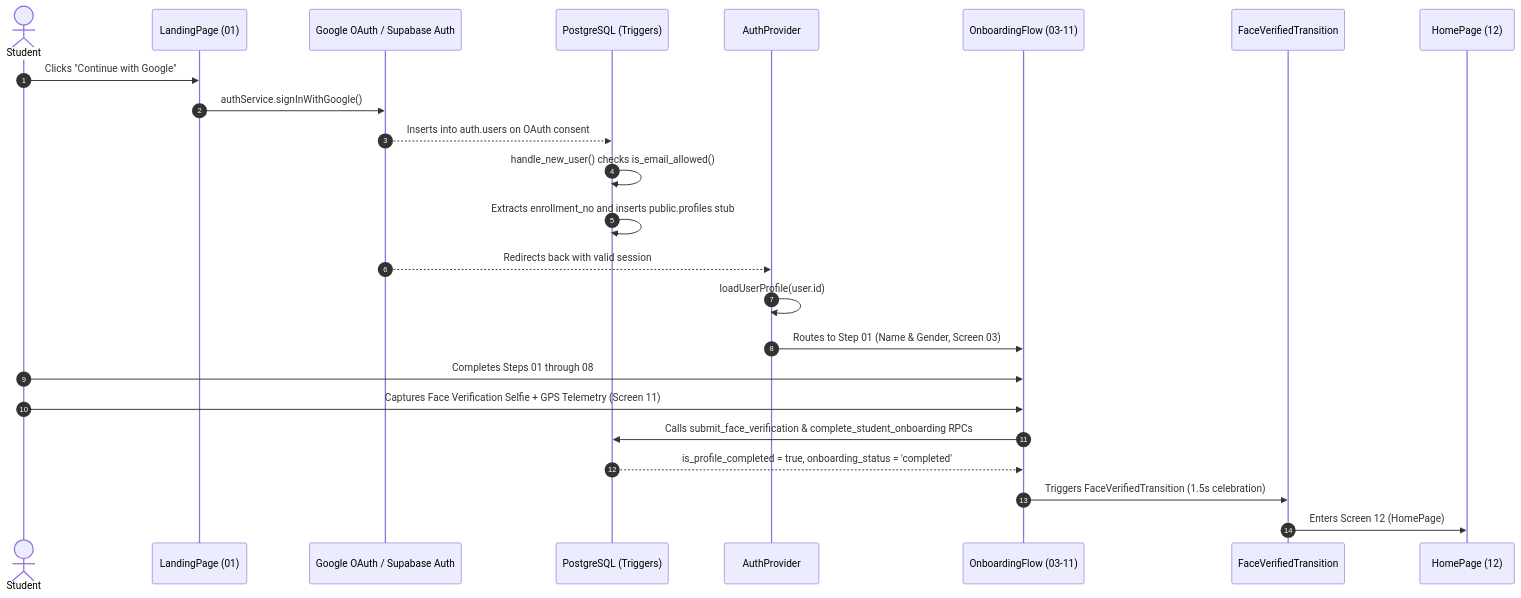
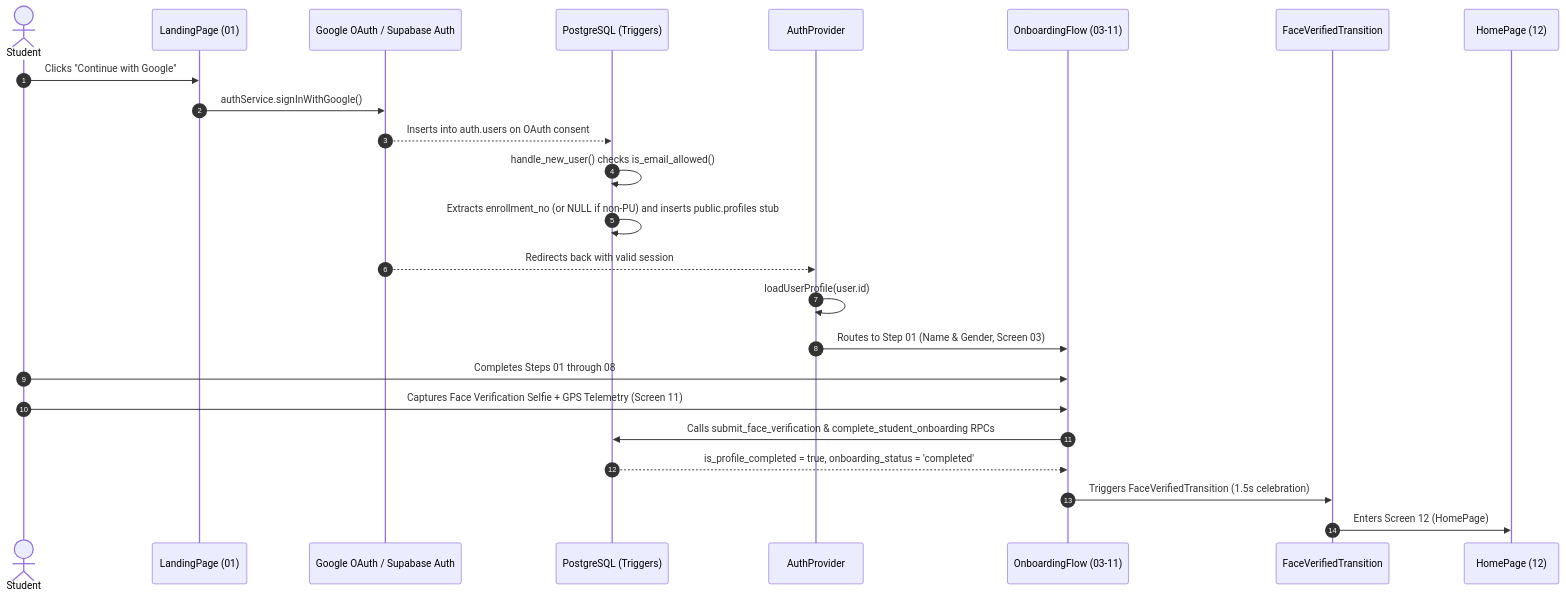
One commit to Hellsguardian/String-X changed the second of 2 diagrams in docs/authentication.md. Above: the diagram before and after it, drawn with Mermaid. The commit also changed other lines of this file and 147 other files, not shown here.

````diff
--- a/docs/authentication.md
+++ b/docs/authentication.md
@@ -80,27 +101,27 @@
 ```mermaid
 sequenceDiagram
     autonumber
     actor Student
     participant Landing as LandingPage (01)
     participant Google as Google OAuth / Supabase Auth
     participant DB as PostgreSQL (Triggers)
     participant Auth as AuthProvider
     participant Onboarding as OnboardingFlow (03-11)
     participant Verified as FaceVerifiedTransition
     participant Home as HomePage (12)
 
     Student->>Landing: Clicks "Continue with Google"
     Landing->>Google: authService.signInWithGoogle()
     Google-->>DB: Inserts into auth.users on OAuth consent
     DB->>DB: handle_new_user() checks is_email_allowed()
-    DB->>DB: Extracts enrollment_no and inserts public.profiles stub
+    DB->>DB: Extracts enrollment_no (or NULL if non-PU) and inserts public.profiles stub
     Google-->>Auth: Redirects back with valid session
     Auth->>Auth: loadUserProfile(user.id)
     Auth->>Onboarding: Routes to Step 01 (Name & Gender, Screen 03)
     Student->>Onboarding: Completes Steps 01 through 08
     Student->>Onboarding: Captures Face Verification Selfie + GPS Telemetry (Screen 11)
     Onboarding->>DB: Calls submit_face_verification & complete_student_onboarding RPCs
     DB-->>Onboarding: is_profile_completed = true, onboarding_status = 'completed'
     Onboarding->>Verified: Triggers FaceVerifiedTransition (1.5s celebration)
     Verified->>Home: Enters Screen 12 (HomePage)
 ```
````
